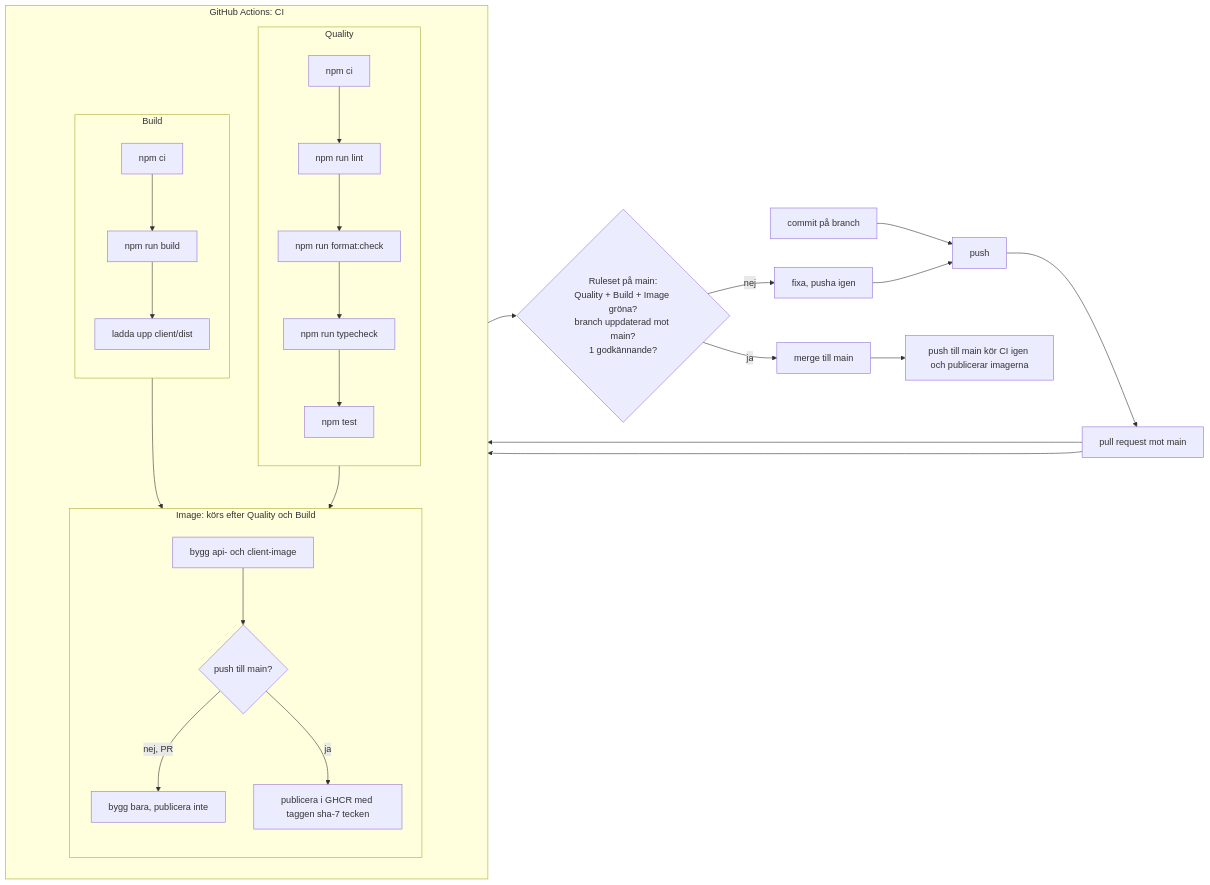
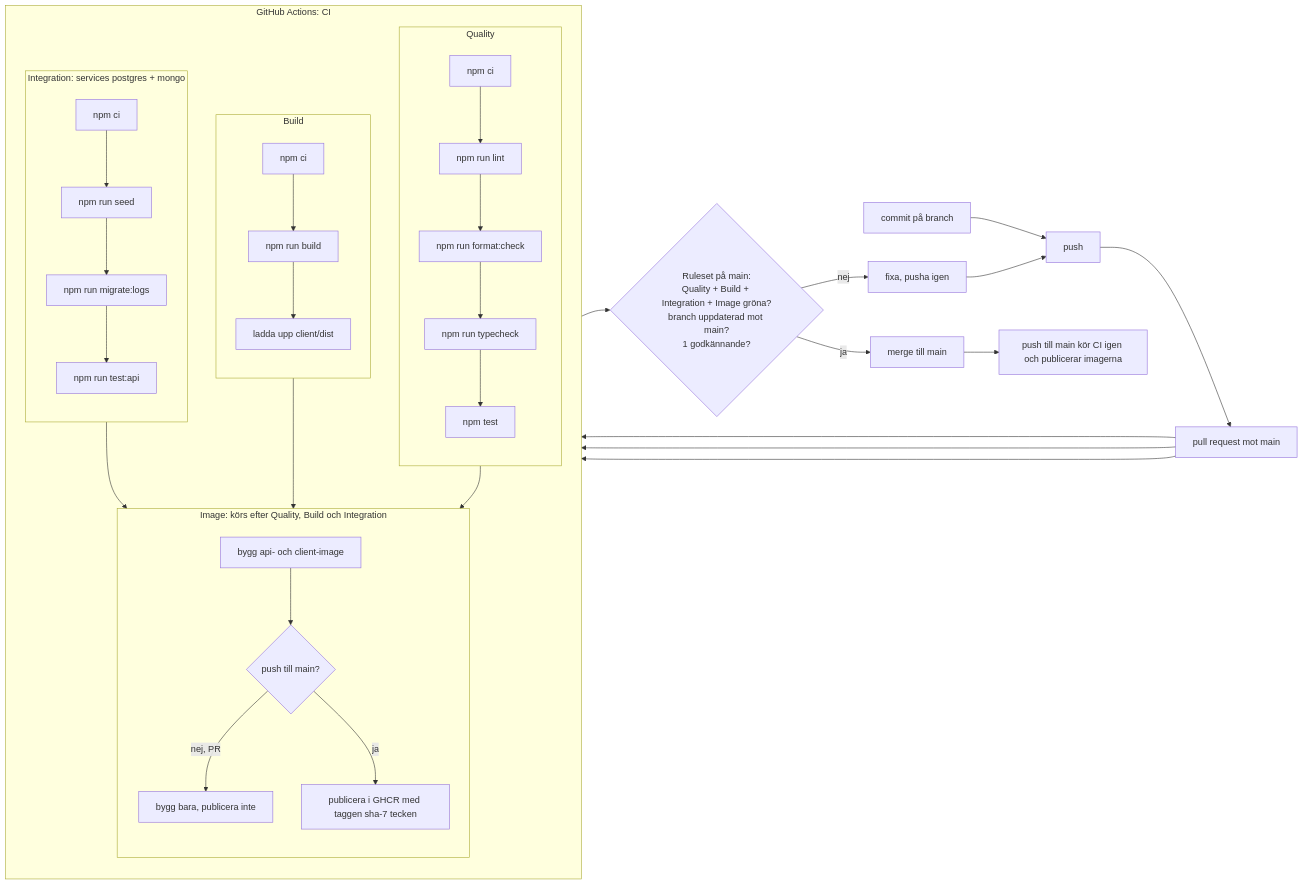
The diagram in docs/pipeline.md (andreasjosef/utpost), drawn with Mermaid before and after one commit. The commit also changed other lines of this file and 2 other files, not shown here.

First line of the commit message:
ci: add Integration job with Postgres and Mongo services (M5 step 6) (#71)

````diff
--- a/docs/pipeline.md
+++ b/docs/pipeline.md
@@ -28,32 +38,38 @@
 ```mermaid
 flowchart LR
   B[commit på branch] --> P[push]
   P --> PR[pull request mot main]
 
   subgraph CI [GitHub Actions: CI]
     direction TB
     subgraph Q [Quality]
       direction TB
       Q1[npm ci] --> Q2[npm run lint] --> Q3[npm run format:check] --> Q5[npm run typecheck] --> Q4[npm test]
     end
     subgraph BU [Build]
       direction TB
       B1[npm ci] --> B2[npm run build] --> B3[ladda upp client/dist]
     end
-    subgraph IM [Image: körs efter Quality och Build]
+    subgraph IN [Integration: services postgres + mongo]
+      direction TB
+      N1[npm ci] --> N2[npm run seed] --> N3[npm run migrate:logs] --> N4[npm run test:api]
+    end
+    subgraph IM [Image: körs efter Quality, Build och Integration]
       direction TB
       I1[bygg api- och client-image] --> I2{push till main?}
       I2 -->|nej, PR| I3[bygg bara, publicera inte]
       I2 -->|ja| I4[publicera i GHCR med taggen sha-7 tecken]
     end
   end
 
   PR --> Q1
   PR --> B1
+  PR --> N1
   Q4 --> I1
   B3 --> I1
-  I3 --> S{Ruleset på main:<br/>Quality + Build + Image gröna?<br/>branch uppdaterad mot main?<br/>1 godkännande?}
+  N4 --> I1
+  I3 --> S{Ruleset på main:<br/>Quality + Build + Integration + Image gröna?<br/>branch uppdaterad mot main?<br/>1 godkännande?}
   S -->|nej| F[fixa, pusha igen] --> P
   S -->|ja| M[merge till main]
   M --> MAIN[push till main kör CI igen och publicerar imagerna]
 ```
````
